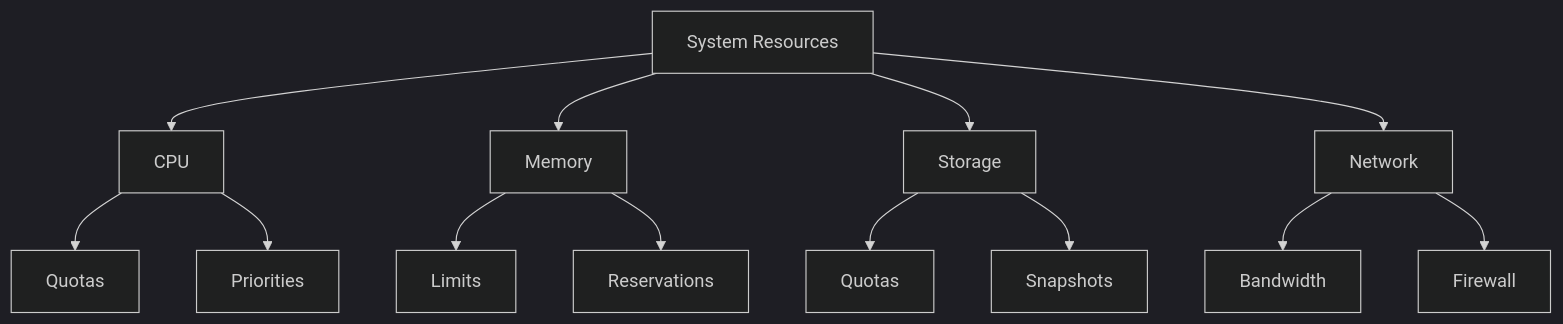
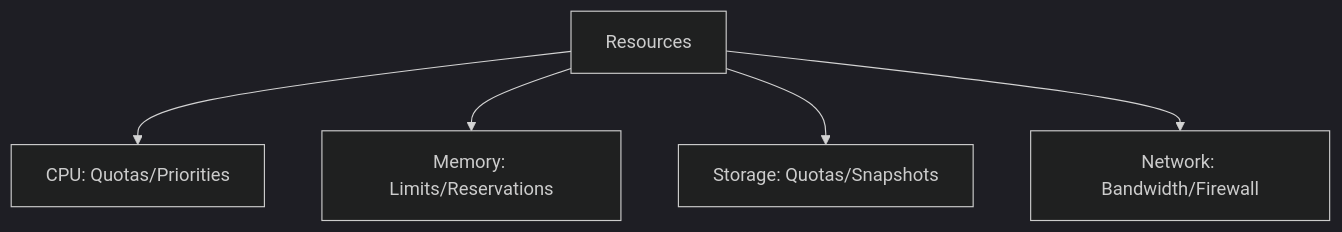
One commit to Hydepwns/nix-mox changed the sixth of 6 diagrams in docs/guides/advanced-configuration.md. Above: the diagram before and after it, drawn with Mermaid (dark theme). The commit also changed other lines of this file and 145 other files, not shown here.

````diff
--- a/docs/guides/advanced-configuration.md
+++ b/docs/guides/advanced-configuration.md
@@ -144,19 +100,7 @@
 ```mermaid
 graph TD
-    A[System Resources] --> B[CPU]
-    A --> C[Memory]
-    A --> D[Storage]
-    A --> E[Network]
-    
-    B --> B1[Quotas]
-    B --> B2[Priorities]
-    
-    C --> C1[Limits]
-    C --> C2[Reservations]
-    
-    D --> D1[Quotas]
-    D --> D2[Snapshots]
-    
-    E --> E1[Bandwidth]
-    E --> E2[Firewall]
+    A[Resources] --> B[CPU: Quotas/Priorities]
+    A --> C[Memory: Limits/Reservations]
+    A --> D[Storage: Quotas/Snapshots]
+    A --> E[Network: Bandwidth/Firewall]
 ```
````
